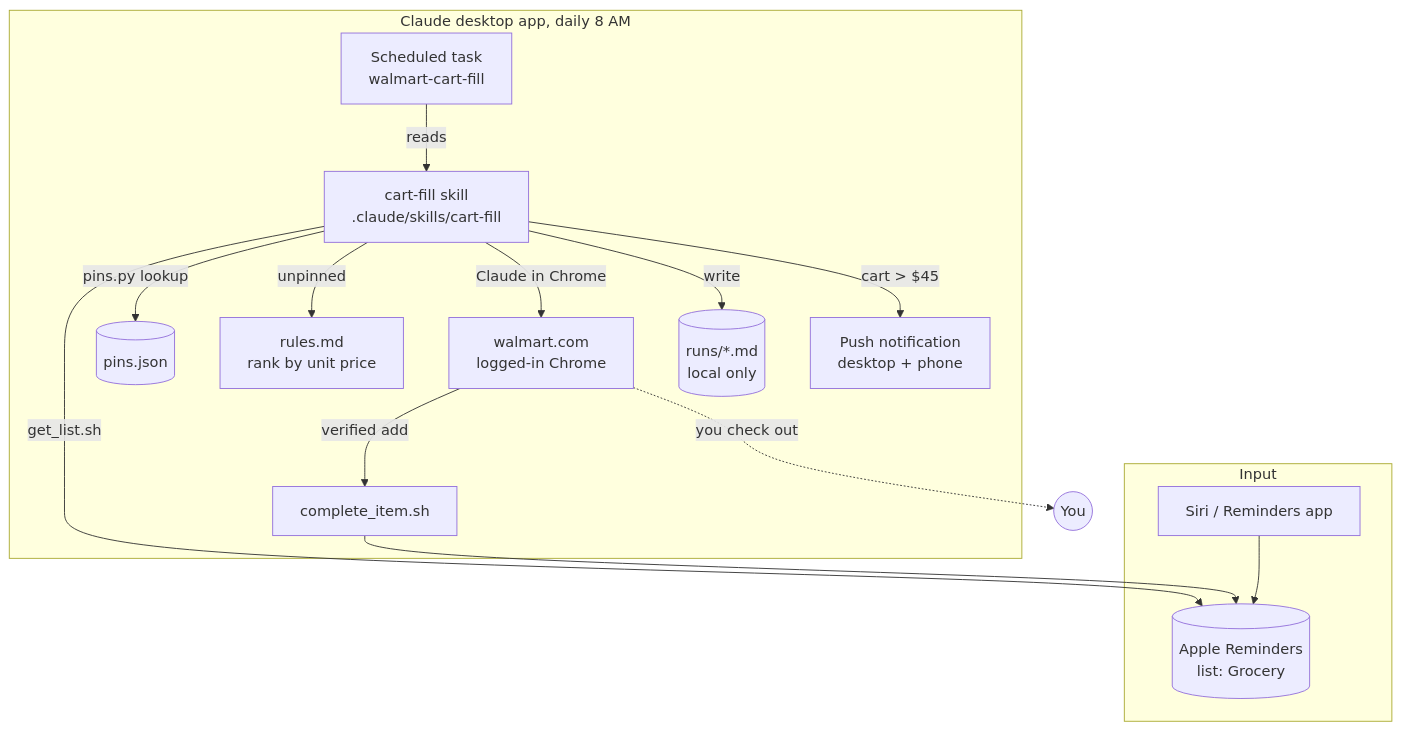
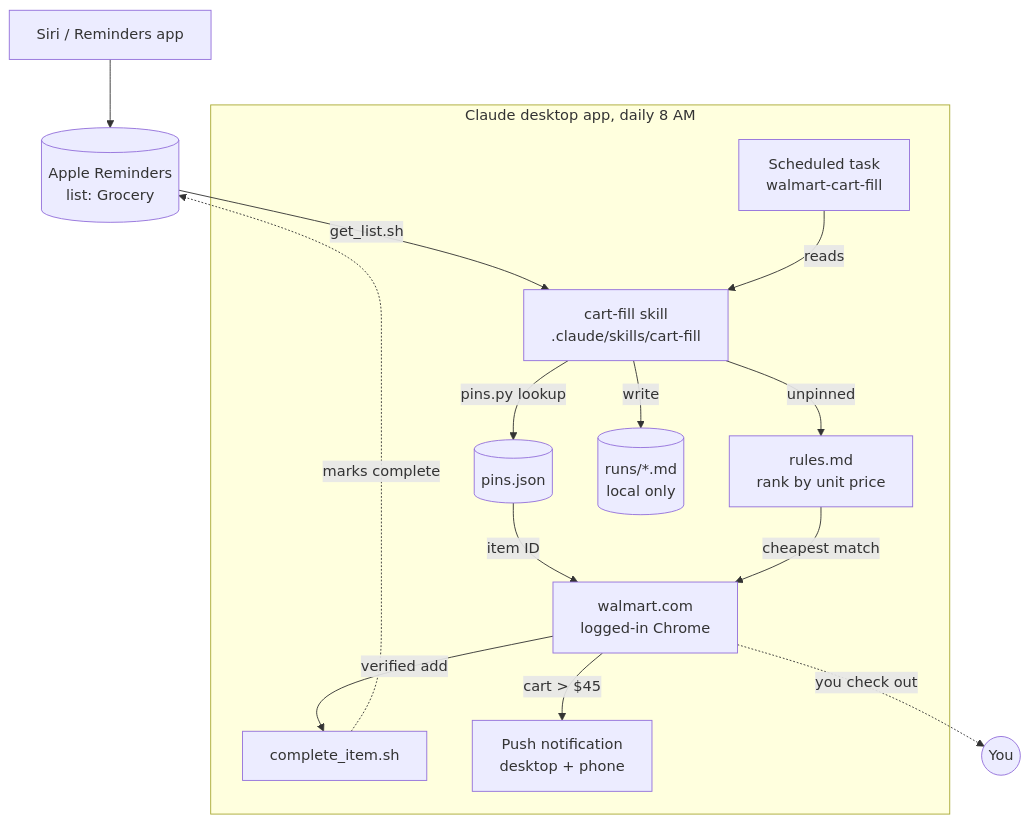
Before and after one commit to masteroflink/walmart-shopper: the diagram in README.md, drawn with Mermaid.

Commit message:
README: diagram flows from list at top to cart at bottom

````diff
--- a/README.md
+++ b/README.md
@@ -7,20 +7,19 @@
 ```mermaid
 flowchart TB
-    subgraph input [Input]
-        Siri["Siri / Reminders app"] --> Rem[("Apple Reminders<br/>list: Grocery")]
+    Siri["Siri / Reminders app"] --> Rem[("Apple Reminders<br/>list: Grocery")]
+    Rem -->|"get_list.sh"| Skill
+
+    subgraph app ["Claude desktop app, daily 8 AM"]
+        Task["Scheduled task<br/>walmart-cart-fill"] -->|reads| Skill["cart-fill skill<br/>.claude/skills/cart-fill"]
+        Skill -->|"pins.py lookup"| Pins[("pins.json")]
+        Skill -->|unpinned| Rules["rules.md<br/>rank by unit price"]
+        Pins -->|item ID| Chrome
+        Rules -->|cheapest match| Chrome["walmart.com<br/>logged-in Chrome"]
+        Chrome -->|verified add| Done["complete_item.sh"]
+        Chrome -->|"cart > $45"| Push["Push notification<br/>desktop + phone"]
+        Skill -->|write| Log[("runs/*.md<br/>local only")]
     end
 
-    subgraph app [Claude desktop app, daily 8 AM]
-        Task["Scheduled task<br/>walmart-cart-fill"] -->|reads| Skill["cart-fill skill<br/>.claude/skills/cart-fill"]
-        Skill -->|get_list.sh| Rem
-        Skill -->|pins.py lookup| Pins[("pins.json")]
-        Skill -->|unpinned| Rules["rules.md<br/>rank by unit price"]
-        Skill -->|Claude in Chrome| Chrome["walmart.com<br/>logged-in Chrome"]
-        Chrome -->|verified add| Done["complete_item.sh"]
-        Done --> Rem
-        Skill -->|write| Log[("runs/*.md<br/>local only")]
-        Skill -->|cart > $45| Push["Push notification<br/>desktop + phone"]
-    end
-
+    Done -.->|marks complete| Rem
     Chrome -.->|you check out| You((You))
 ```
````
